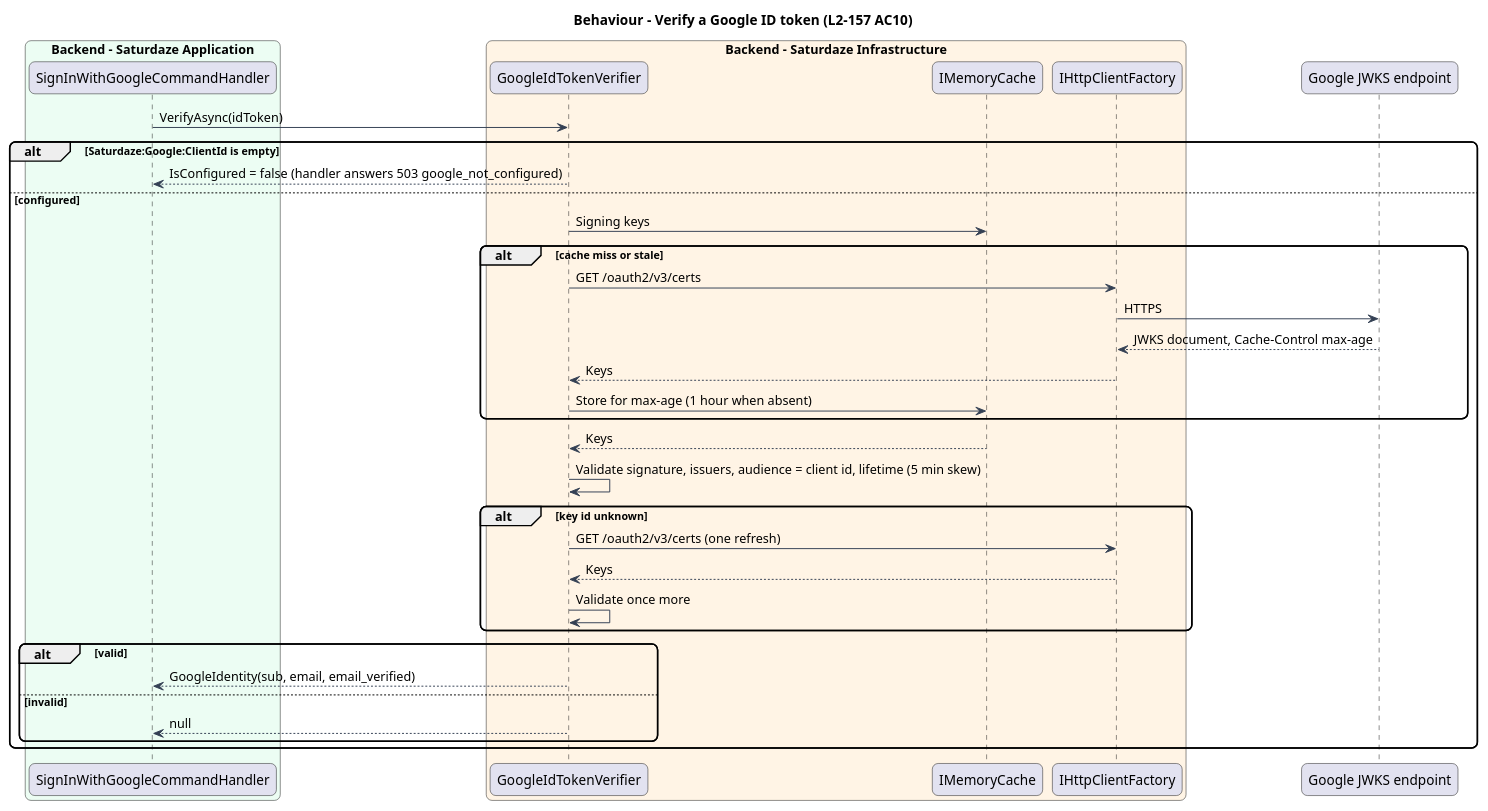
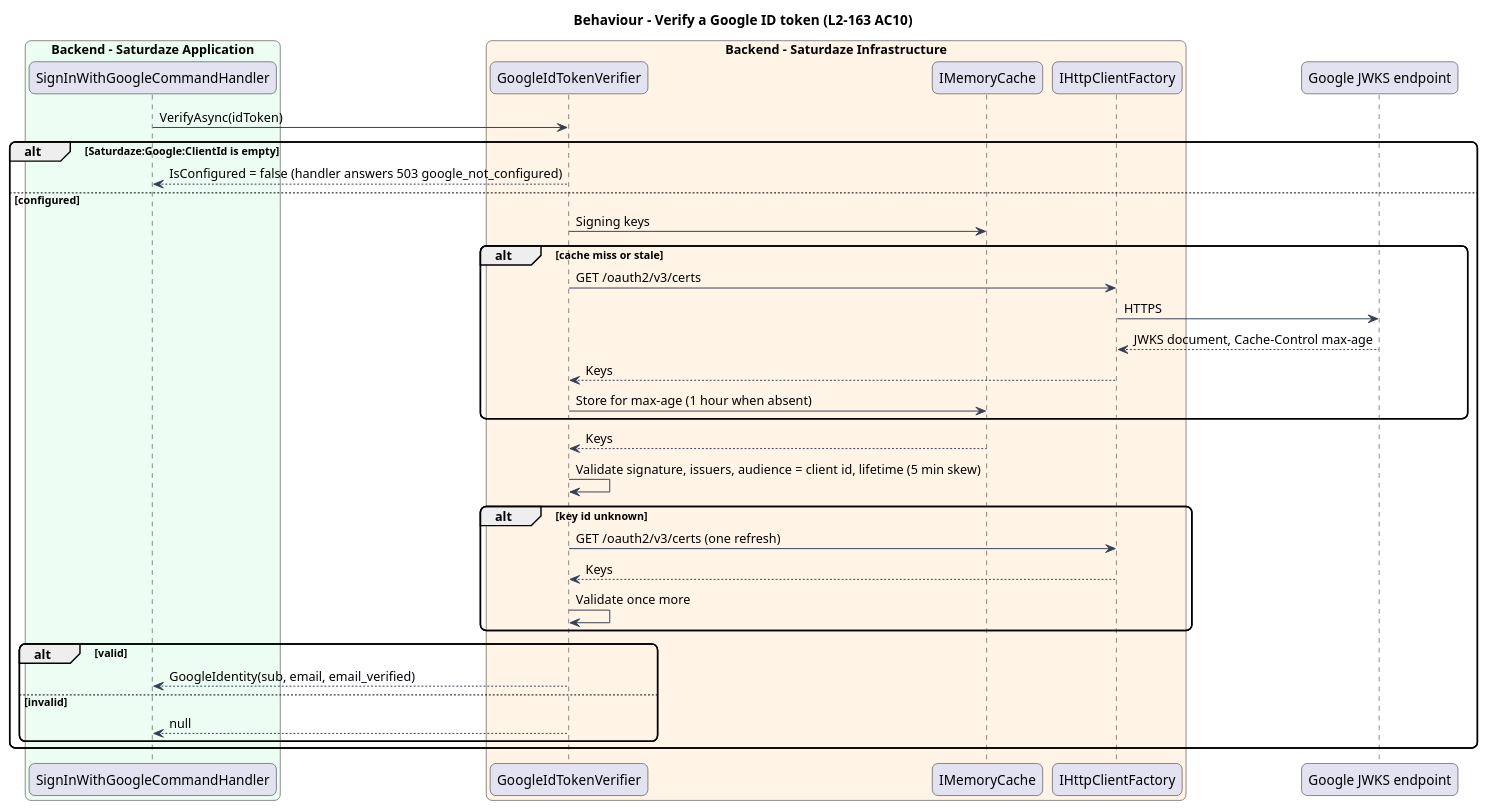
The diagram in docs/detailed-designs/identity-and-access/sign-in-with-google/diagrams/sequence-verify-id-token.puml (QuinntyneBrown/saturdaze), drawn with PlantUML before and after one commit. The commit also changed 26 other files, not shown here.

```diff
--- a/docs/detailed-designs/identity-and-access/sign-in-with-google/diagrams/sequence-verify-id-token.puml
+++ b/docs/detailed-designs/identity-and-access/sign-in-with-google/diagrams/sequence-verify-id-token.puml
@@ -1,42 +1,42 @@
 @startuml
-title Behaviour - Verify a Google ID token (L2-157 AC10)
+title Behaviour - Verify a Google ID token (L2-163 AC10)
 skinparam backgroundColor #FFFFFF
 skinparam shadowing false
 skinparam roundcorner 12
 skinparam defaultFontName Arial
 skinparam ArrowColor #344054
 box "Backend - Saturdaze Application" #ECFDF3
  participant "SignInWithGoogleCommandHandler" as handler
 end box
 box "Backend - Saturdaze Infrastructure" #FFF4E5
  participant "GoogleIdTokenVerifier" as verifier
  participant "IMemoryCache" as cache
  participant "IHttpClientFactory" as http
 end box
 participant "Google JWKS endpoint" as jwks
 handler -> verifier : VerifyAsync(idToken)
 alt Saturdaze:Google:ClientId is empty
 verifier --> handler : IsConfigured = false (handler answers 503 google_not_configured)
 else configured
 verifier -> cache : Signing keys
 alt cache miss or stale
 verifier -> http : GET /oauth2/v3/certs
 http -> jwks : HTTPS
 jwks --> http : JWKS document, Cache-Control max-age
 http --> verifier : Keys
 verifier -> cache : Store for max-age (1 hour when absent)
 end
 cache --> verifier : Keys
 verifier -> verifier : Validate signature, issuers, audience = client id, lifetime (5 min skew)
 alt key id unknown
 verifier -> http : GET /oauth2/v3/certs (one refresh)
 http --> verifier : Keys
 verifier -> verifier : Validate once more
 end
 alt valid
 verifier --> handler : GoogleIdentity(sub, email, email_verified)
 else invalid
 verifier --> handler : null
 end
 end
 @enduml
```
